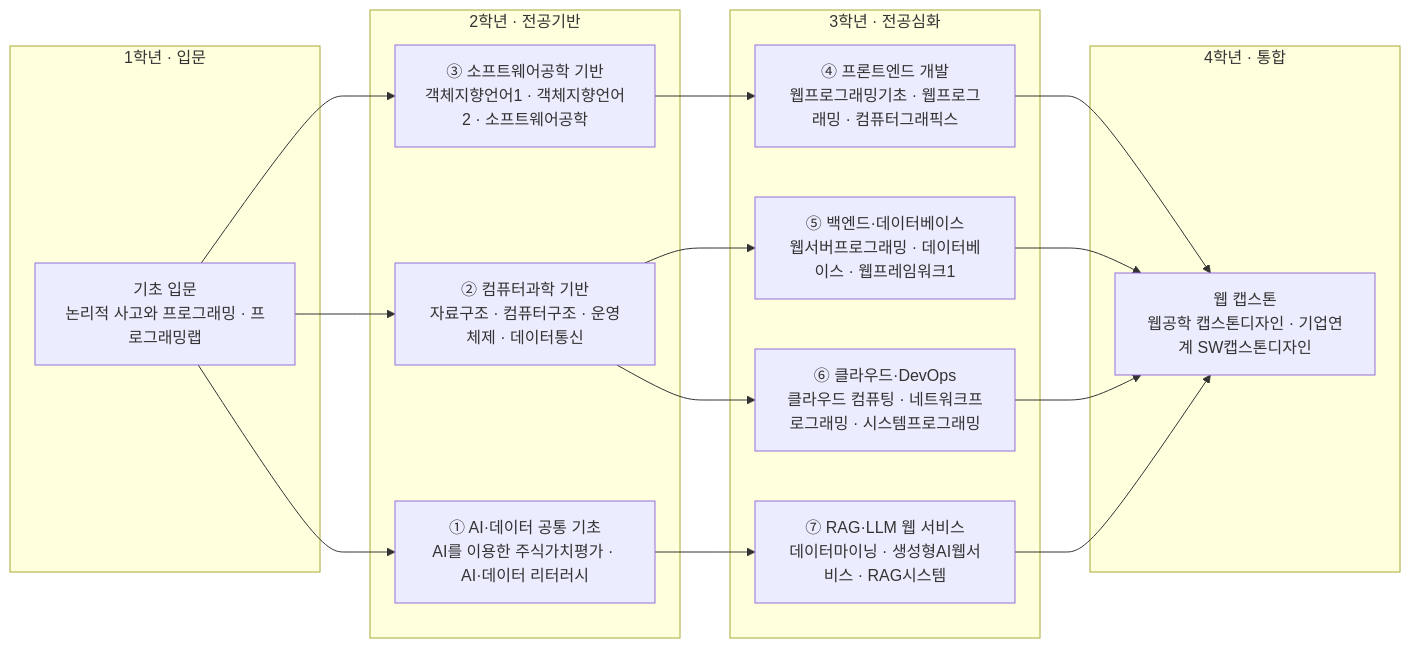
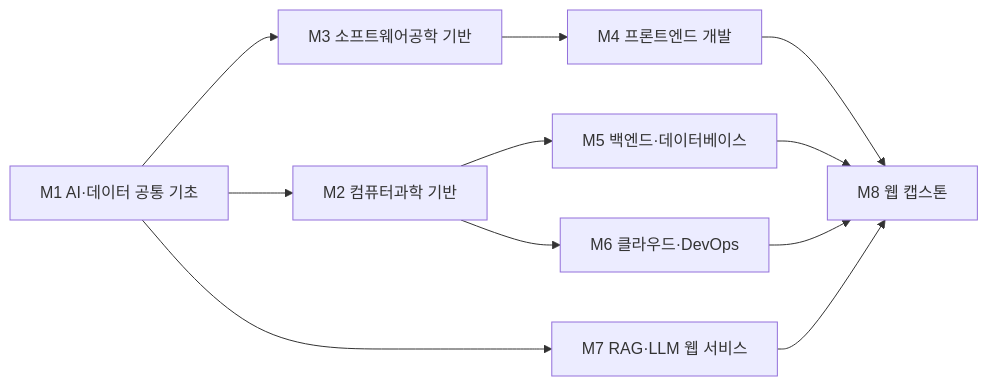
Before and after one commit to parclab-hsu/ai-curriculum-2026: the diagram in docs/it/web-engineering.md, drawn with Mermaid. The commit also changed other lines of this file and 22 other files, not shown here.

````diff
--- a/docs/it/web-engineering.md
+++ b/docs/it/web-engineering.md
@@ -143,31 +156,13 @@
 ```mermaid
 flowchart LR
-  subgraph Y1["1학년 · 입문"]
-    A0["기초 입문<br/>논리적 사고와 프로그래밍 · 프로그래밍랩"]
-  end
-  subgraph Y2["2학년 · 전공기반"]
-    M1["① AI·데이터 공통 기초<br/>AI를 이용한 주식가치평가 · AI·데이터 리터러시"]
-    M2["② 컴퓨터과학 기반<br/>자료구조 · 컴퓨터구조 · 운영체제 · 데이터통신"]
-    M3["③ 소프트웨어공학 기반<br/>객체지향언어1 · 객체지향언어2 · 소프트웨어공학"]
-  end
-  subgraph Y3["3학년 · 전공심화"]
-    M4["④ 프론트엔드 개발<br/>웹프로그래밍기초 · 웹프로그래밍 · 컴퓨터그래픽스"]
-    M5["⑤ 백엔드·데이터베이스<br/>웹서버프로그래밍 · 데이터베이스 · 웹프레임워크1"]
-    M6["⑥ 클라우드·DevOps<br/>클라우드 컴퓨팅 · 네트워크프로그래밍 · 시스템프로그래밍"]
-    M7["⑦ RAG·LLM 웹 서비스<br/>데이터마이닝 · 생성형AI웹서비스 · RAG시스템"]
-  end
-  subgraph Y4["4학년 · 통합"]
-    CAP["웹 캡스톤<br/>웹공학 캡스톤디자인 · 기업연계 SW캡스톤디자인"]
-  end
-  A0 --> M1
-  A0 --> M2
-  A0 --> M3
-  M1 --> M7
-  M3 --> M4
-  M2 --> M5
-  M2 --> M6
-  M4 --> CAP
+  M1["M1 AI·데이터 공통 기초"] --> M2["M2 컴퓨터과학 기반"]
+  M1 --> M3["M3 소프트웨어공학 기반"]
+  M3 --> M4["M4 프론트엔드 개발"]
+  M2 --> M5["M5 백엔드·데이터베이스"]
+  M2 --> M6["M6 클라우드·DevOps"]
+  M1 --> M7["M7 RAG·LLM 웹 서비스"]
+  M4 --> CAP["M8 웹 캡스톤"]
   M5 --> CAP
   M6 --> CAP
   M7 --> CAP
 ```
````
